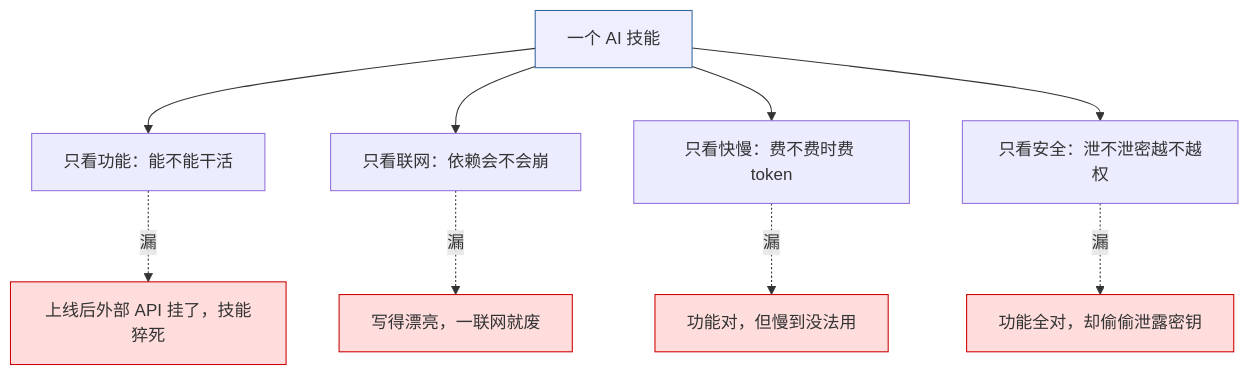
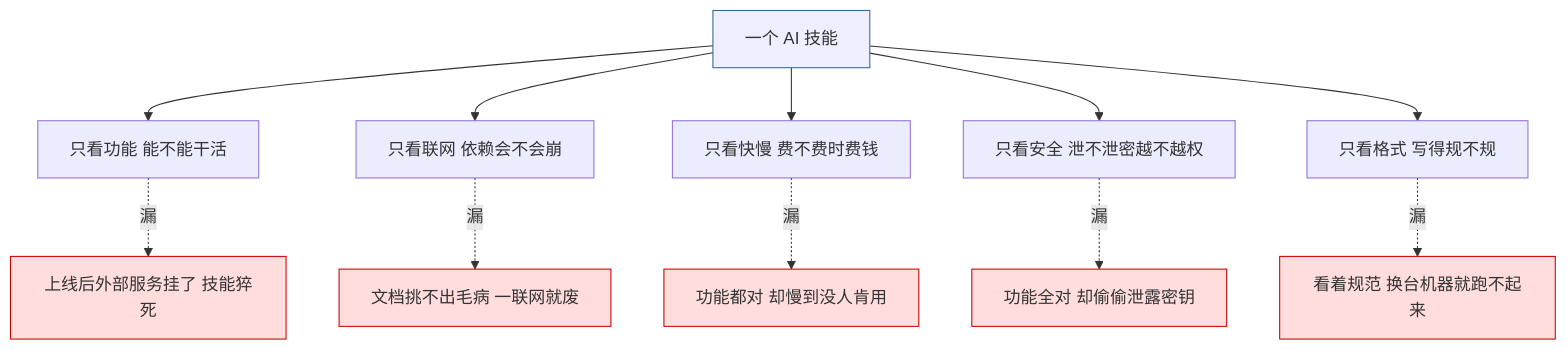
One commit to huanggq26/skill-evaluator changed the first of 14 diagrams in references/skill-evaluation-system.md. Above: the diagram before and after it, drawn with Mermaid. The commit also changed other lines of this file, not shown here.

````diff
--- a/references/skill-evaluation-system.md
+++ b/references/skill-evaluation-system.md
@@ -31,16 +13,19 @@
 ```mermaid
 flowchart TB
-    技能[一个 AI 技能] --> 功能[只看功能：能不能干活]
-    技能 --> 可用[只看联网：依赖会不会崩]
-    技能 --> 性能[只看快慢：费不费时费 token]
-    技能 --> 安全[只看安全：泄不泄密越不越权]
-    功能 -.漏.-> 坑1[上线后外部 API 挂了，技能猝死]
-    可用 -.漏.-> 坑2[写得漂亮，一联网就废]
-    性能 -.漏.-> 坑3[功能对，但慢到没法用]
-    安全 -.漏.-> 坑4[功能全对，却偷偷泄露密钥]
+    技能[一个 AI 技能] --> 功[只看功能 能不能干活]
+    技能 --> 用[只看联网 依赖会不会崩]
+    技能 --> 性[只看快慢 费不费时费钱]
+    技能 --> 安[只看安全 泄不泄密越不越权]
+    技能 --> 静[只看格式 写得规不规]
+    功 -.漏.-> 坑1[上线后外部服务挂了 技能猝死]
+    用 -.漏.-> 坑2[文档挑不出毛病 一联网就废]
+    性 -.漏.-> 坑3[功能都对 却慢到没人肯用]
+    安 -.漏.-> 坑4[功能全对 却偷偷泄露密钥]
+    静 -.漏.-> 坑5[看着规范 换台机器就跑不起来]
     style 技能 fill:#eef,stroke:#369
     style 坑1 fill:#fdd,stroke:#c00
     style 坑2 fill:#fdd,stroke:#c00
     style 坑3 fill:#fdd,stroke:#c00
     style 坑4 fill:#fdd,stroke:#c00
+    style 坑5 fill:#fdd,stroke:#c00
 ```
````
